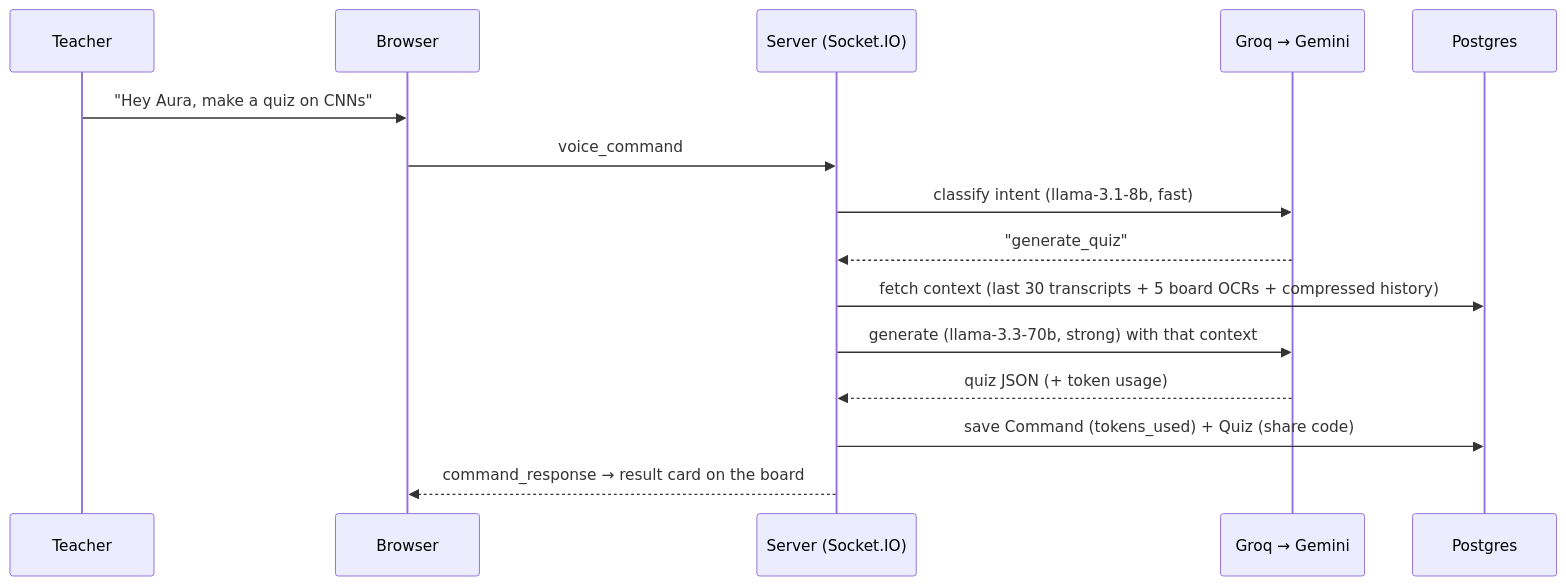
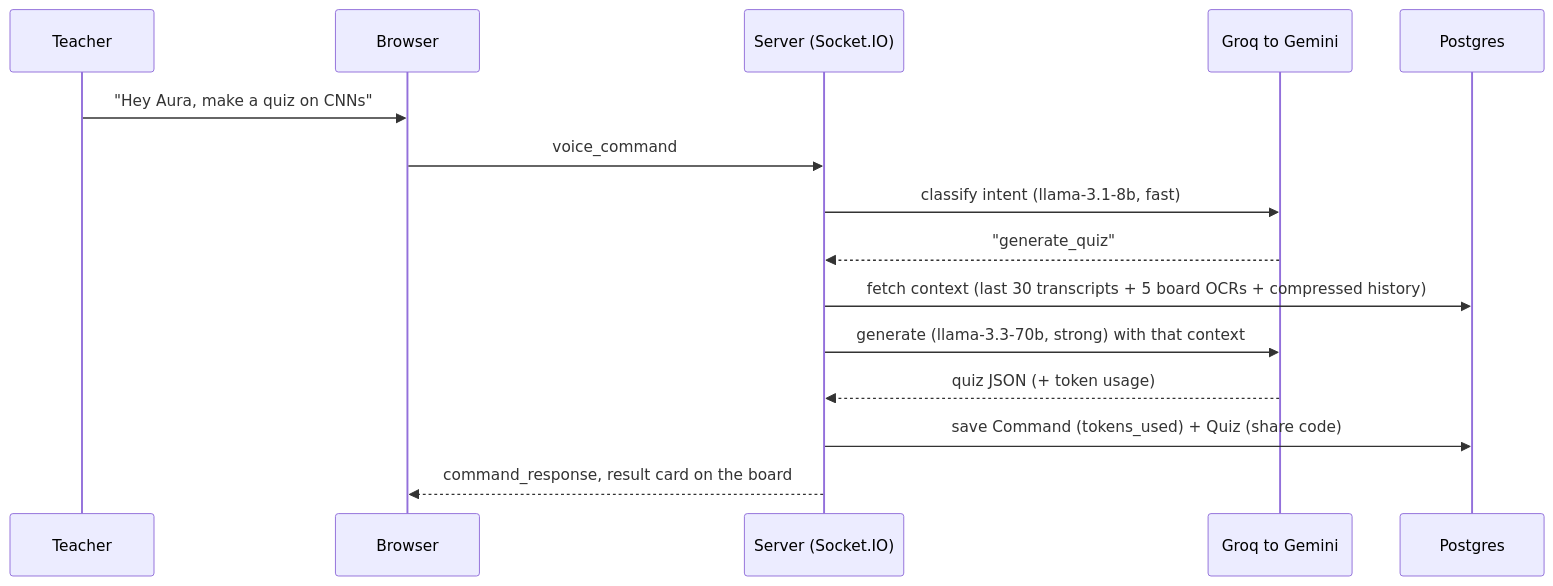
The third of 5 diagrams in README.md (Andromeda0007/Aura), drawn with Mermaid before and after one commit. The commit also changed other lines of this file, not shown here.

First line of the commit message:
docs(readme): remove emojis, add architecture mermaid diagram + live demo URLs

````diff
--- a/README.md
+++ b/README.md
@@ -129,17 +147,17 @@
 ```mermaid
 sequenceDiagram
     participant T as Teacher
     participant B as Browser
     participant S as Server (Socket.IO)
-    participant AI as Groq → Gemini
+    participant AI as Groq to Gemini
     participant DB as Postgres
     T->>B: "Hey Aura, make a quiz on CNNs"
     B->>S: voice_command
     S->>AI: classify intent (llama-3.1-8b, fast)
     AI-->>S: "generate_quiz"
     S->>DB: fetch context (last 30 transcripts + 5 board OCRs + compressed history)
     S->>AI: generate (llama-3.3-70b, strong) with that context
     AI-->>S: quiz JSON (+ token usage)
     S->>DB: save Command (tokens_used) + Quiz (share code)
-    S-->>B: command_response → result card on the board
+    S-->>B: command_response, result card on the board
 ```
````
